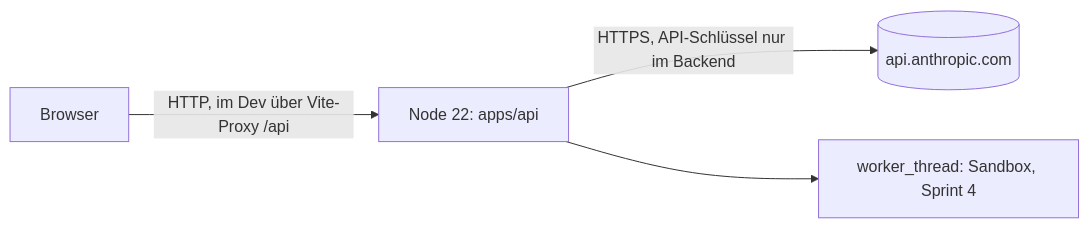
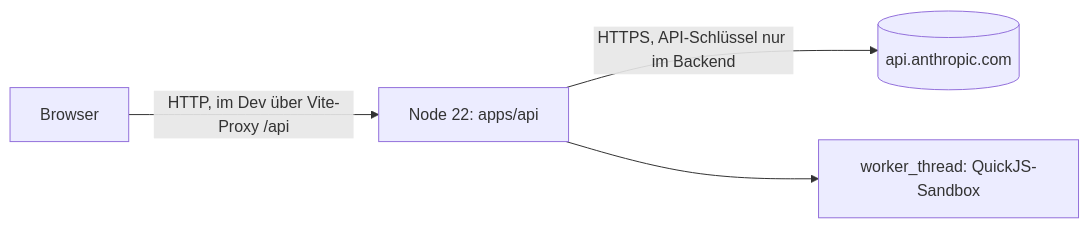
The third of 3 diagrams in docs/architektur-sprint3.md (ts-technikum/sepj-ws26), drawn with Mermaid before and after one commit. The commit also changed other lines of this file and 12 other files, not shown here.

First line of the commit message:
feat(api): Sandbox mit QuickJS im worker_thread, Trace in /api/generate

````diff
--- a/docs/architektur-sprint3.md
+++ b/docs/architektur-sprint3.md
@@ -125,6 +134,6 @@
 ```mermaid
 flowchart LR
   B[Browser] -->|HTTP, im Dev über Vite-Proxy /api| N[Node 22: apps/api]
   N -->|HTTPS, API-Schlüssel nur im Backend| C[(api.anthropic.com)]
-  N --> W[worker_thread: Sandbox, Sprint 4]
+  N --> W[worker_thread: QuickJS-Sandbox]
 ```
````
